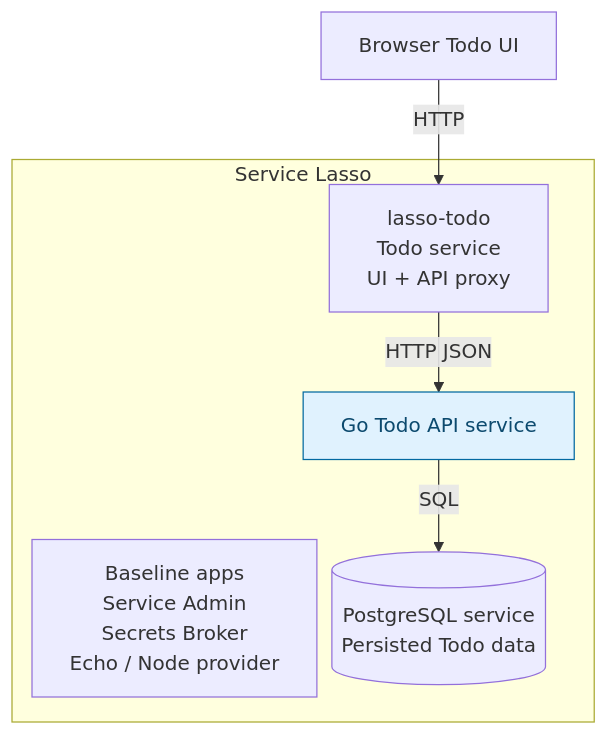
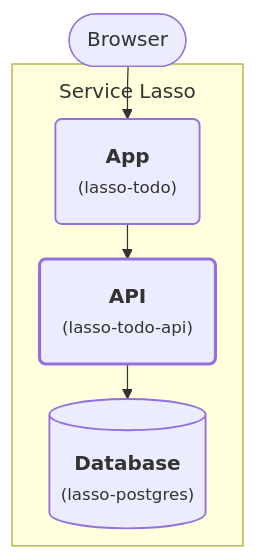
Before and after one commit to service-lasso/service-lasso: the diagram in docs/getting-started/advanced-add-go-todo-api-service.md, drawn with Mermaid. The commit also changed other lines of this file and 6 other files, not shown here.

First line of the commit message:
docs: make tutorial architecture purpose-first and readable (#1671)

````diff
--- a/docs/getting-started/advanced-add-go-todo-api-service.md
+++ b/docs/getting-started/advanced-add-go-todo-api-service.md
@@ -19,18 +19,19 @@
 ```mermaid
-%%{init: {"flowchart": {"nodeSpacing": 12, "rankSpacing": 40}}}%%
+%%{init: {"flowchart": {"nodeSpacing": 24, "rankSpacing": 28, "padding": 18, "subGraphTitleMargin": {"top": 10, "bottom": 20}}, "themeVariables": {"fontFamily": "system-ui, sans-serif"}}}%%
 flowchart TB
-  accTitle: Stage 3: Add a managed Go API
-  accDescr: Service Lasso manages the Todo app from stage one alongside baseline apps. Stage two adds PostgreSQL. Stage three adds a Go API between the Todo service and database. JSON storage belongs to the Todo service and is not a separate service.
-  browser["Browser Todo UI"]
+  accTitle: Stage 3: Add the API
+  accDescr: The App calls the API, which reads and writes the Database. All application services run inside the Service Lasso boundary. Existing management and runtime services are listed in the adjacent table.
+  browser(["Browser"])
   subgraph lasso["Service Lasso"]
-    baseline["Baseline apps<br/>Service Admin<br/>Secrets Broker<br/>Echo / Node provider"]
-    todo["lasso-todo<br/>Todo service<br/>UI + API proxy"]
-    api["Go Todo API service"]
-    db[("PostgreSQL service<br/>Persisted Todo data")]
+    todo("<b>App</b><br/><small>(lasso-todo)</small>")
+    api("<b>API</b><br/><small>(lasso-todo-api)</small>")
+    db[("<b>Database</b><br/><small>(lasso-postgres)</small>")]
   end
-  browser -->|HTTP| todo
-  todo -->|HTTP JSON| api
-  api -->|SQL| db
-  classDef added fill:#e0f2fe,stroke:#0369a1,color:#0c4a6e
+  browser --> todo
+  todo --> api
+  api --> db
+  classDef service stroke-width:1.5px
+  classDef added stroke-width:2.5px
+  class todo,db,api service
   class api added
 ```
````
